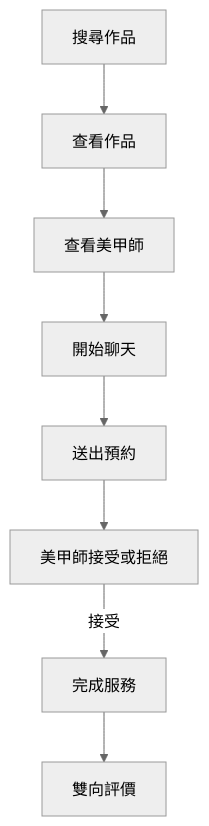
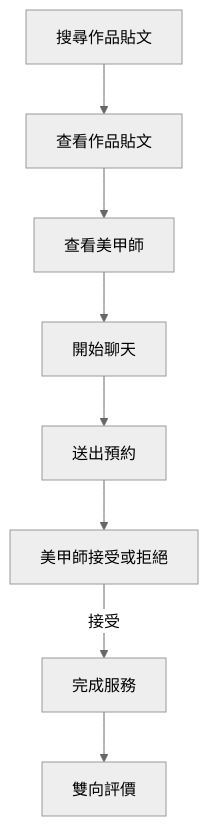
One commit to azsxdc5595/nail-saas-backend changed the first of 3 diagrams in docs/05_UserFlow/Core-Flows.md. Above: the diagram before and after it, drawn with Mermaid (neutral theme). The commit also changed other lines of this file and 92 other files, not shown here.

Commit message:
1、NailSample改為NailPost，支援多圖片作品 2、補齊相關API、Entity、Repository、Service及Request驗證 3、加強資料欄位長度檢核與寫入權限控管 4、同步更新資料庫、API及專案文件 5、修正密碼長度驗證、邀請碼角色權限及不可預約時段類型

````diff
--- a/docs/05_UserFlow/Core-Flows.md
+++ b/docs/05_UserFlow/Core-Flows.md
@@ -53,19 +53,19 @@
 ```mermaid
 flowchart TD
-    A[搜尋作品]
-    B[查看作品]
+    A[搜尋作品貼文]
+    B[查看作品貼文]
     C[查看美甲師]
     D[開始聊天]
     E[送出預約]
     F[美甲師接受或拒絕]
     G[完成服務]
     H[雙向評價]
 
     A --> B
     B --> C
     C --> D
     D --> E
     E --> F
     F -->|接受| G
     G --> H
 ```
````
